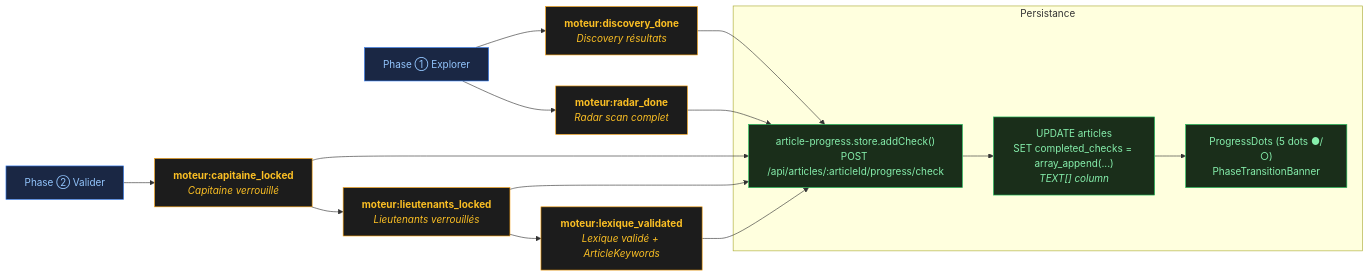
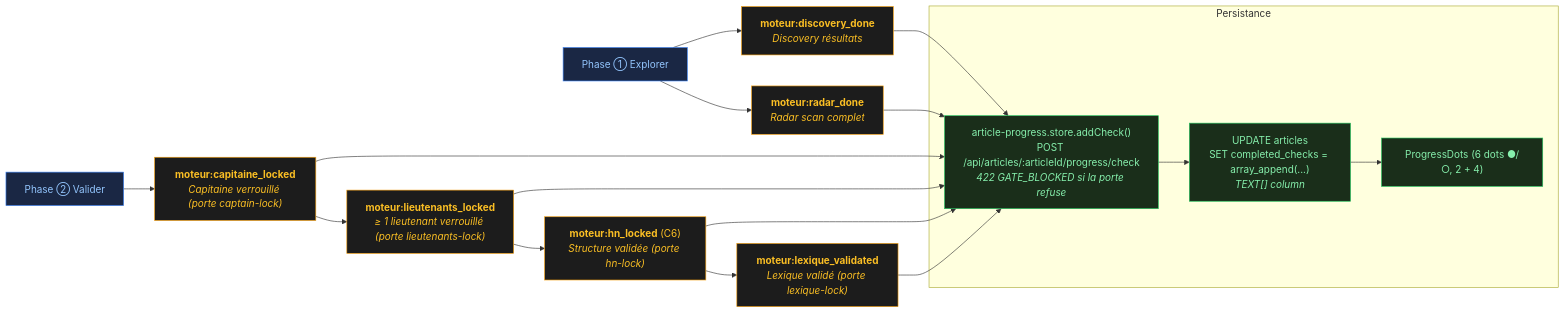
Diagram 11 of 15 in docs/moteur-data-flow.md (annubis-knight/Blog_Redactor_SEO), drawn with Mermaid before and after one commit. The commit also changed other lines of this file and 11 other files, not shown here.

````diff
--- a/docs/moteur-data-flow.md
+++ b/docs/moteur-data-flow.md
@@ -519,35 +573,38 @@
 ```mermaid
 flowchart LR
   classDef check fill:#1c1c1c,stroke:#f59e0b,color:#fbbf24
   classDef phase fill:#1a2744,stroke:#3b82f6,color:#93c5fd
   classDef persist fill:#1a2e1a,stroke:#22c55e,color:#86efac
 
   C1["<b>moteur:discovery_done</b><br/><i>Discovery résultats</i>"]:::check
   C2["<b>moteur:radar_done</b><br/><i>Radar scan complet</i>"]:::check
-  C3["<b>moteur:capitaine_locked</b><br/><i>Capitaine verrouillé</i>"]:::check
-  C4["<b>moteur:lieutenants_locked</b><br/><i>Lieutenants verrouillés</i>"]:::check
-  C5["<b>moteur:lexique_validated</b><br/><i>Lexique validé + ArticleKeywords</i>"]:::check
+  C3["<b>moteur:capitaine_locked</b><br/><i>Capitaine verrouillé (porte captain-lock)</i>"]:::check
+  C4["<b>moteur:lieutenants_locked</b><br/><i>≥ 1 lieutenant verrouillé (porte lieutenants-lock)</i>"]:::check
+  C6["<b>moteur:hn_locked</b> (C6)<br/><i>Structure validée (porte hn-lock)</i>"]:::check
+  C5["<b>moteur:lexique_validated</b><br/><i>Lexique validé (porte lexique-lock)</i>"]:::check
 
   PHASE1["Phase ① Explorer"]:::phase
   PHASE2["Phase ② Valider"]:::phase
 
   PHASE1 --> C1
   PHASE1 --> C2
   PHASE2 --> C3
   C3 --> C4
-  C4 --> C5
+  C4 --> C6
+  C6 --> C5
 
   subgraph PERSIST["Persistance"]
-    STORE["article-progress.store.addCheck()<br/>POST /api/articles/:articleId/progress/check"]:::persist
+    STORE["article-progress.store.addCheck()<br/>POST /api/articles/:articleId/progress/check<br/><i>422 GATE_BLOCKED si la porte refuse</i>"]:::persist
     DB["UPDATE articles<br/>SET completed_checks = array_append(...)<br/><i>TEXT[] column</i>"]:::persist
-    DOTS["ProgressDots (5 dots ●/○)<br/>PhaseTransitionBanner"]:::persist
+    DOTS["ProgressDots (6 dots ●/○, 2 + 4)"]:::persist
   end
 
   C1 --> STORE
   C2 --> STORE
   C3 --> STORE
   C4 --> STORE
+  C6 --> STORE
   C5 --> STORE
   STORE --> DB
   DB --> DOTS
 ```
````
